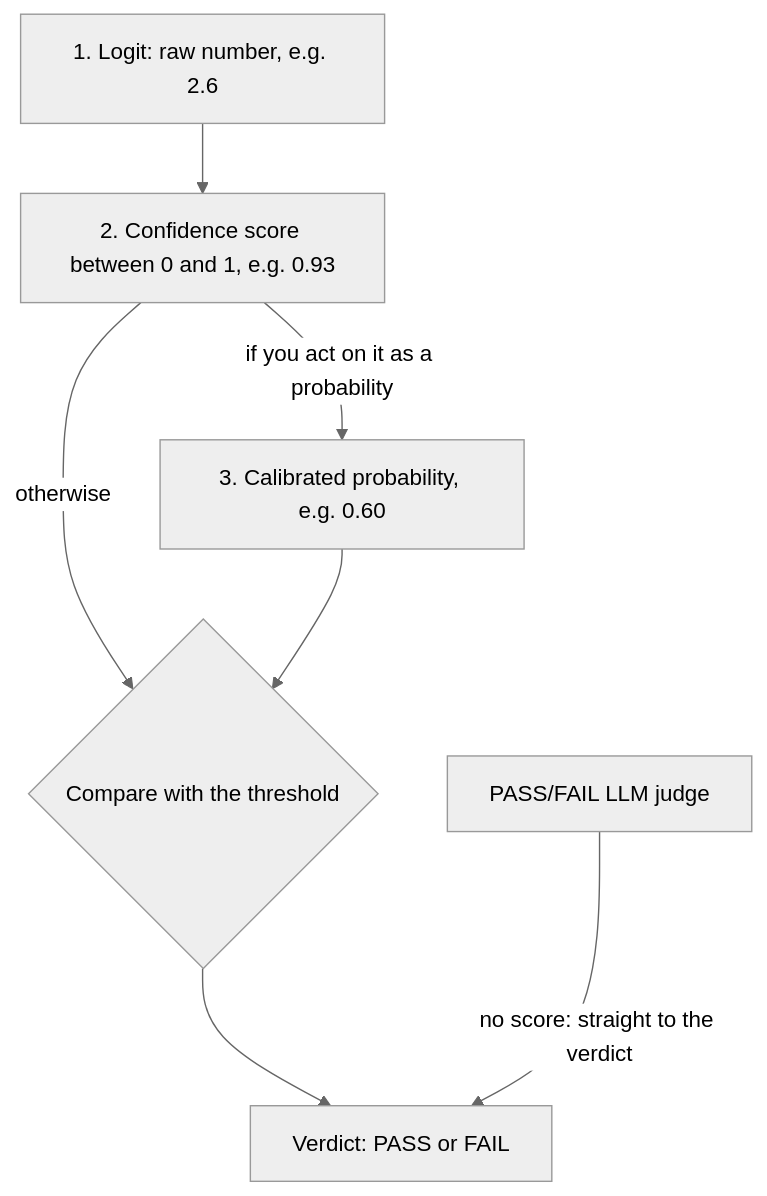
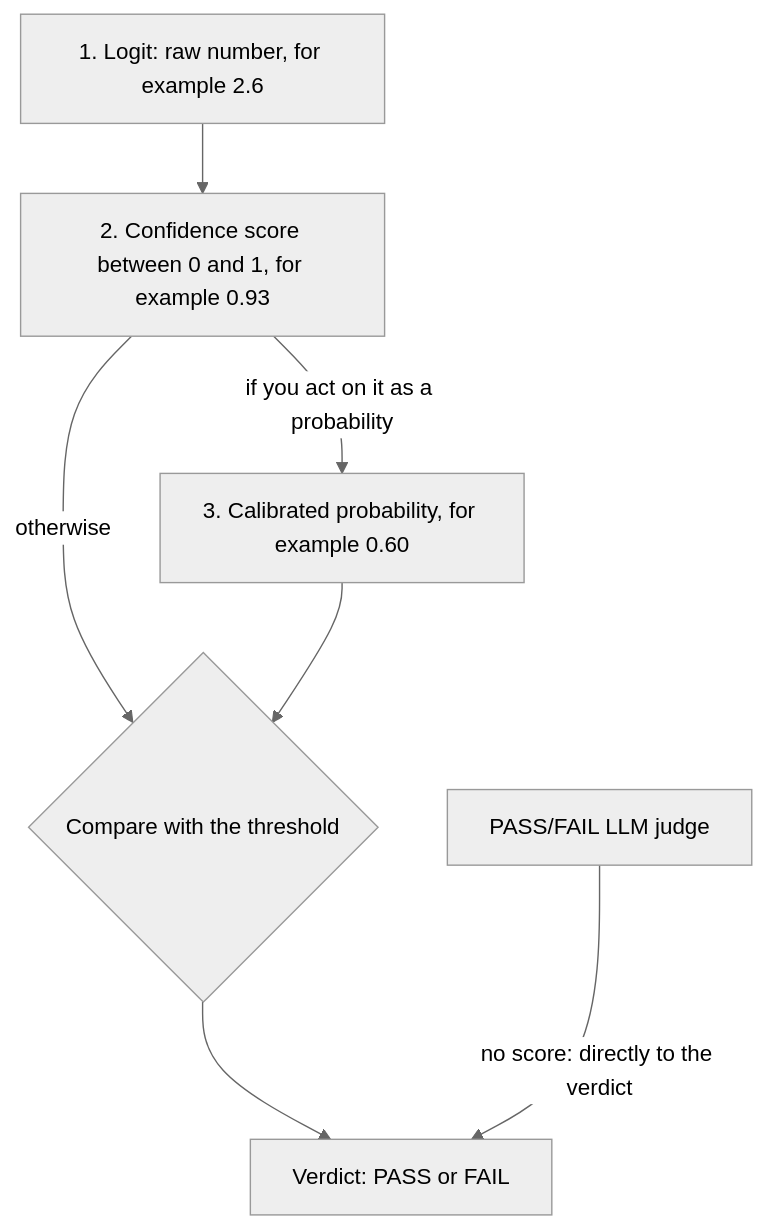
One commit to elcronos/ai-evals-for-engineers changed the first of 2 diagrams in docs/08-scores-and-thresholds.md. Above: the diagram before and after it, drawn with Mermaid (neutral theme). The commit also changed other lines of this file and 3 other files, not shown here.

````diff
--- a/docs/08-scores-and-thresholds.md
+++ b/docs/08-scores-and-thresholds.md
@@ -26,9 +30,9 @@
 ```mermaid
 flowchart TD
-    LOGIT["1. Logit: raw number, e.g. 2.6"] --> CONF["2. Confidence score between 0 and 1, e.g. 0.93"]
-    CONF -->|"if you act on it as a probability"| CAL["3. Calibrated probability, e.g. 0.60"]
+    LOGIT["1. Logit: raw number, for example 2.6"] --> CONF["2. Confidence score between 0 and 1, for example 0.93"]
+    CONF -->|"if you act on it as a probability"| CAL["3. Calibrated probability, for example 0.60"]
     CONF -->|"otherwise"| TH{"Compare with the threshold"}
     CAL --> TH
     TH --> V["Verdict: PASS or FAIL"]
-    PF["PASS/FAIL LLM judge"] -->|"no score: straight to the verdict"| V
+    PF["PASS/FAIL LLM judge"] -->|"no score: directly to the verdict"| V
 ```
````
